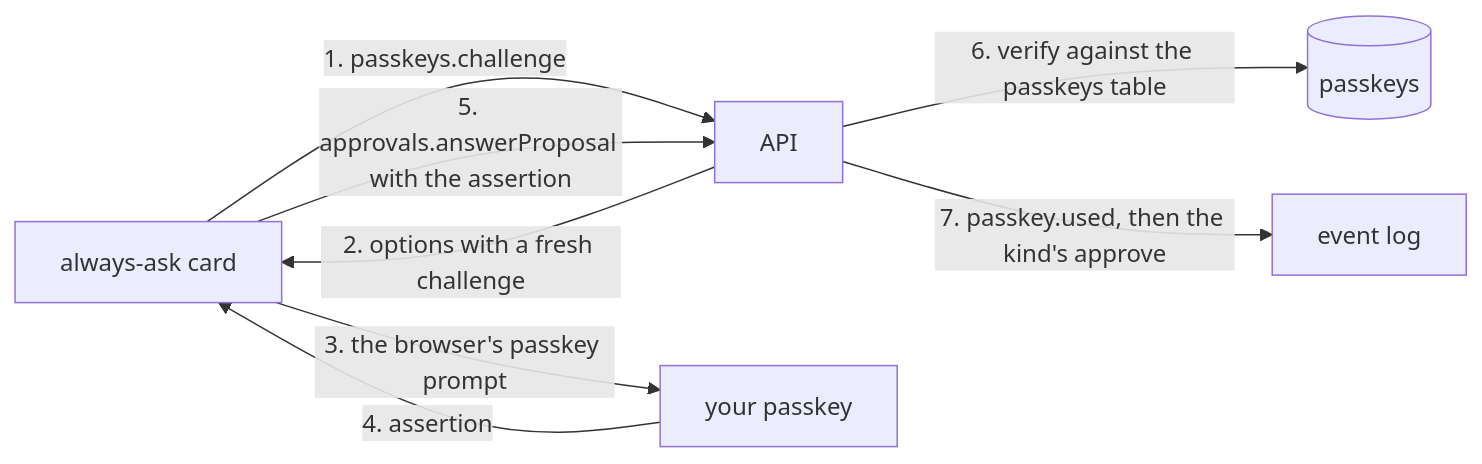
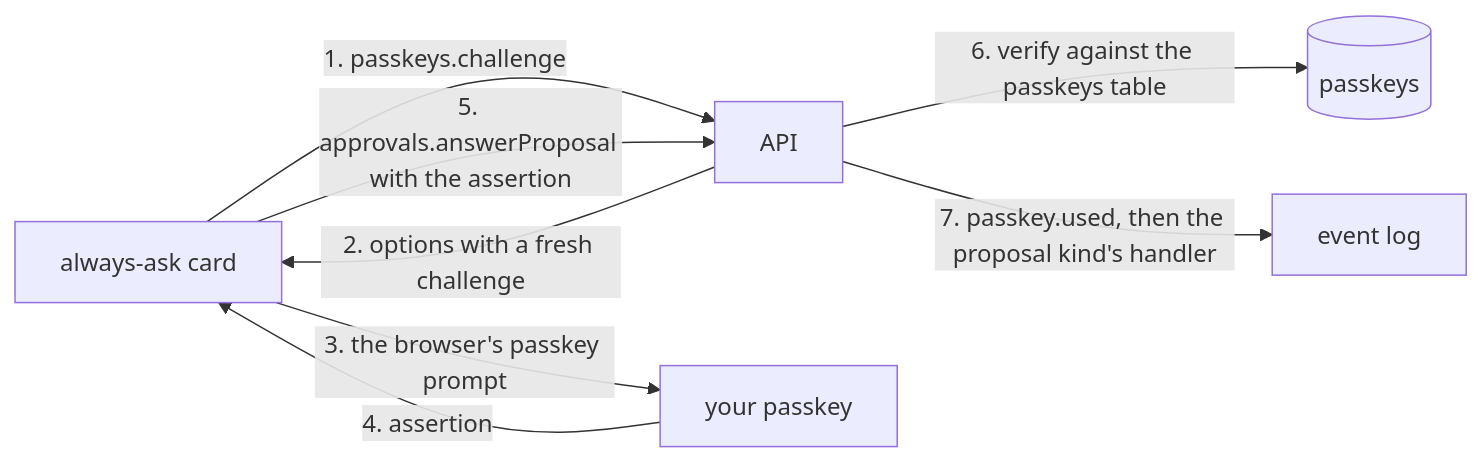
The diagram in docs/design/queue/passkeys.md (zgeoff/nixie), drawn with Mermaid before and after one commit. The commit also changed other lines of this file, not shown here.

````diff
--- a/docs/design/queue/passkeys.md
+++ b/docs/design/queue/passkeys.md
@@ -20,10 +24,10 @@
 ```mermaid
 flowchart LR
   card[always-ask card] -->|"1. passkeys.challenge"| api[API]
   api -->|"2. options with a fresh challenge"| card
   card -->|"3. the browser's passkey prompt"| auth[your passkey]
   auth -->|"4. assertion"| card
   card -->|"5. approvals.answerProposal with the assertion"| api
   api -->|"6. verify against the passkeys table"| table[(passkeys)]
-  api -->|"7. passkey.used, then the kind's approve"| log[event log]
+  api -->|"7. passkey.used, then the proposal kind's handler"| log[event log]
 ```
````
